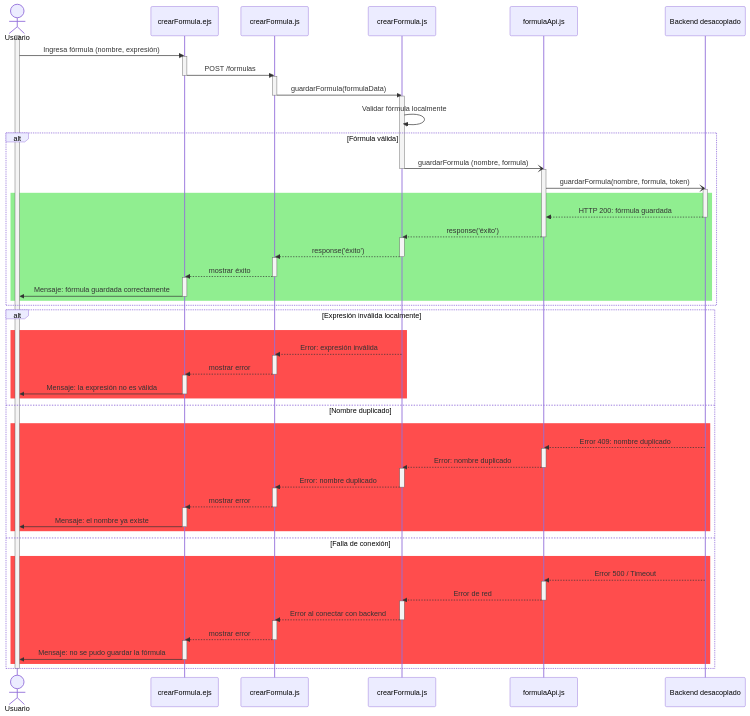
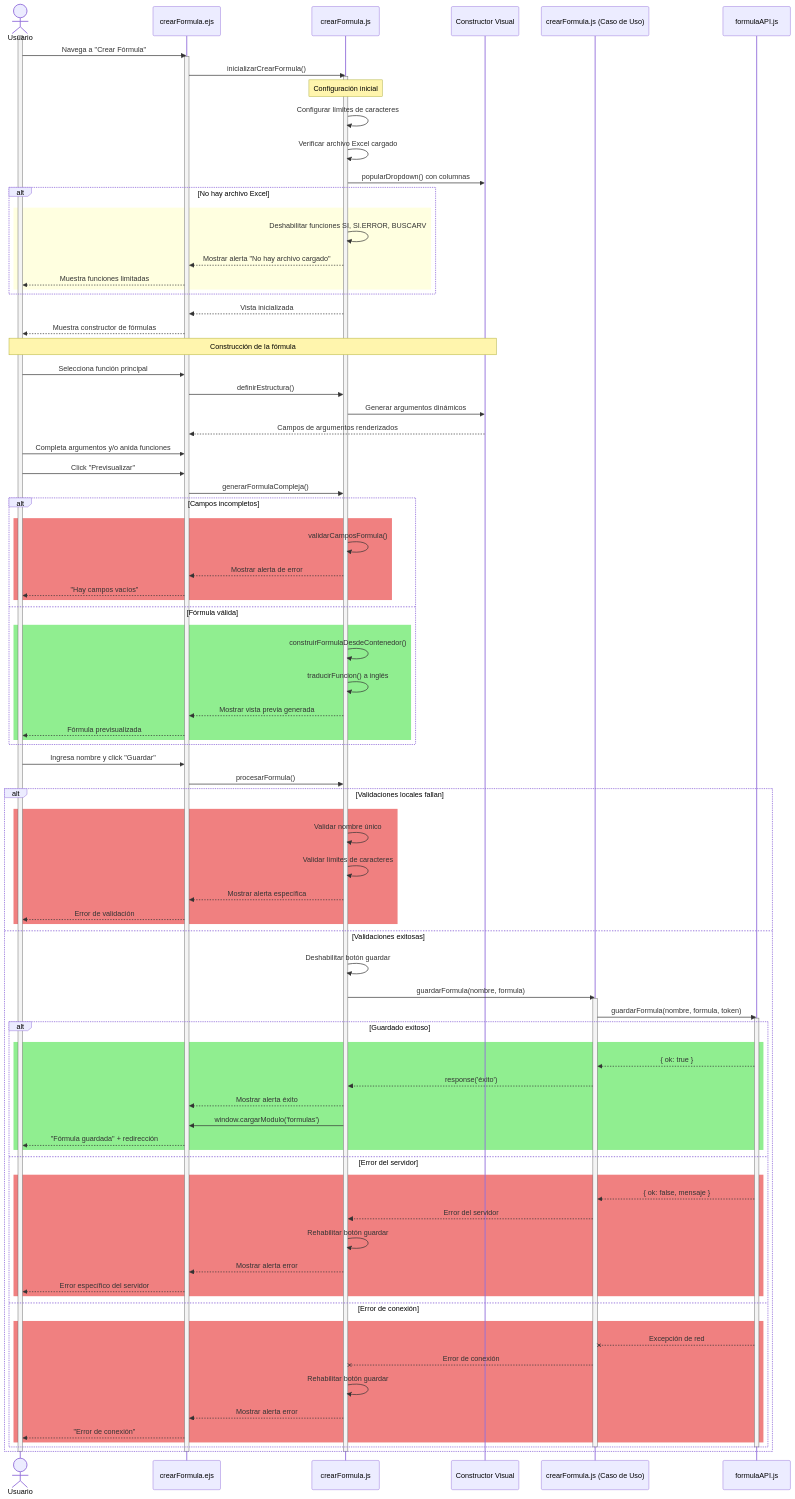
One commit to CodeAnd-Co/Documentacion changed the first of 2 diagrams in documentation/docs/proyectos/tractores/documentacion/requisitos/RF22.md. Above: the diagram before and after it, drawn with Mermaid. The commit also changed other lines of this file and 34 other files, not shown here.

````diff
--- a/documentation/docs/proyectos/tractores/documentacion/requisitos/RF22.md
+++ b/documentation/docs/proyectos/tractores/documentacion/requisitos/RF22.md
@@ -31,92 +35,106 @@
 sequenceDiagram
     actor Usuario
     participant Vista as crearFormula.ejs
-    participant utilFormula as crearFormula.js
-    participant Caso as crearFormula.js
-    participant API as formulaApi.js
-    participant server as Backend desacoplado
+    participant Script as crearFormula.js
+    participant Constructor as Constructor Visual
+    participant CasoUso as crearFormula.js (Caso de Uso)
+    participant API as formulaAPI.js
 
     activate Usuario
-    Usuario->>Vista: Ingresa fórmula (nombre, expresión)
-
+    Usuario->>Vista: Navega a "Crear Fórmula"
     activate Vista
-    Vista->>utilFormula: POST /formulas
-    deactivate Vista
-
-    activate utilFormula
-    utilFormula->>Caso: guardarFormula(formulaData)
-    deactivate utilFormula
-
-    activate Caso
-    Caso->>Caso: Validar fórmula localmente
-
-    alt Fórmula válida
-        Caso-)API: guardarFormula (nombre, formula)
-        deactivate Caso
-
-        activate API
-        API-)server: guardarFormula(nombre, formula, token)
-        activate server
-        rect LightGreen
-            server -->> API: HTTP 200: fórmula guardada
-            deactivate server
-            API -->> Caso: response('éxito')
-            deactivate API
-            activate Caso
-            Caso -->> utilFormula: response('éxito')
-            deactivate Caso
-            activate utilFormula
-            utilFormula -->> Vista: mostrar éxito
-            deactivate utilFormula
-            activate Vista
-            Vista ->> Usuario: Mensaje: fórmula guardada correctamente
-            deactivate Vista
+    Vista->>Script: inicializarCrearFormula()
+    activate Script
+    
+    Note over Script: Configuración inicial
+    Script->>Script: Configurar límites de caracteres
+    Script->>Script: Verificar archivo Excel cargado
+    Script->>Constructor: popularDropdown() con columnas
+    
+    alt No hay archivo Excel
+        rect LightYellow
+        Script->>Script: Deshabilitar funciones SI, SI.ERROR, BUSCARV
+        Script-->>Vista: Mostrar alerta "No hay archivo cargado"
+        Vista-->>Usuario: Muestra funciones limitadas
         end
     end
-
-    %% === FLUJOS ALTERNOS ===
-    alt Expresión inválida localmente
-        rect rgb(255, 77, 77)
-            Caso -->> utilFormula: Error: expresión inválida
-            activate utilFormula
-            utilFormula -->> Vista: mostrar error
-            deactivate utilFormula
-            activate Vista
-            Vista ->> Usuario: Mensaje: la expresión no es válida
-            deactivate Vista
+    
+    Script-->>Vista: Vista inicializada
+    Vista-->>Usuario: Muestra constructor de fórmulas
+    
+    Note over Usuario, Constructor: Construcción de la fórmula
+    Usuario->>Vista: Selecciona función principal
+    Vista->>Script: definirEstructura()
+    Script->>Constructor: Generar argumentos dinámicos
+    Constructor-->>Vista: Campos de argumentos renderizados
+    
+    Usuario->>Vista: Completa argumentos y/o anida funciones
+    Usuario->>Vista: Click "Previsualizar"
+    Vista->>Script: generarFormulaCompleja()
+    
+    alt Campos incompletos
+        rect Lightcoral
+        Script->>Script: validarCamposFormula()
+        Script-->>Vista: Mostrar alerta de error
+        Vista-->>Usuario: "Hay campos vacíos"
         end
-    else Nombre duplicado
-        rect rgb(255, 77, 77)
-            server -->> API: Error 409: nombre duplicado
-            activate API
-            API -->> Caso: Error: nombre duplicado
-            deactivate API
-            activate Caso
-            Caso -->> utilFormula: Error: nombre duplicado
-            deactivate Caso
-            activate utilFormula
-            utilFormula -->> Vista: mostrar error
-            deactivate utilFormula
-            activate Vista
-            Vista ->> Usuario: Mensaje: el nombre ya existe
-            deactivate Vista
-        end
-    else Falla de conexión
-        rect rgb(255, 77, 77)
-            server -->> API: Error 500 / Timeout
-            activate API
-            API -->> Caso: Error de red
-            deactivate API
-            activate Caso
-            Caso -->> utilFormula: Error al conectar con backend
-            deactivate Caso
-            activate utilFormula
-            utilFormula -->> Vista: mostrar error
-            deactivate utilFormula
-            activate Vista
-            Vista ->> Usuario: Mensaje: no se pudo guardar la fórmula
-            deactivate Vista
+    else Fórmula válida
+        rect Lightgreen
+        Script->>Script: construirFormulaDesdeContenedor()
+        Script->>Script: traducirFuncion() a inglés
+        Script-->>Vista: Mostrar vista previa generada
+        Vista-->>Usuario: Fórmula previsualizada
         end
     end
+    
+    Usuario->>Vista: Ingresa nombre y click "Guardar"
+    Vista->>Script: procesarFormula()
+    
+    alt Validaciones locales fallan
+        rect Lightcoral
+        Script->>Script: Validar nombre único
+        Script->>Script: Validar límites de caracteres
+        Script-->>Vista: Mostrar alerta específica
+        Vista-->>Usuario: Error de validación
+        end
+    else Validaciones exitosas
+        Script->>Script: Deshabilitar botón guardar
+        Script->>CasoUso: guardarFormula(nombre, formula)
+        activate CasoUso
+        CasoUso->>API: guardarFormula(nombre, formula, token)
+        activate API
+        
+        alt Guardado exitoso
+            rect Lightgreen
+            API-->>CasoUso: { ok: true }
+            CasoUso-->>Script: response('éxito')
+            Script-->>Vista: Mostrar alerta éxito
+            Script->>Vista: window.cargarModulo('formulas')
+            Vista-->>Usuario: "Fórmula guardada" + redirección
+            end
+        else Error del servidor
+            rect Lightcoral
+            API-->>CasoUso: { ok: false, mensaje }
+            CasoUso-->>Script: Error del servidor
+            Script->>Script: Rehabilitar botón guardar
+            Script-->>Vista: Mostrar alerta error
+            Vista-->>Usuario: Error específico del servidor
+            end
+        else Error de conexión
+            rect Lightcoral
+            API--x CasoUso: Excepción de red
+            CasoUso--x Script: Error de conexión
+            Script->>Script: Rehabilitar botón guardar
+            Script-->>Vista: Mostrar alerta error
+            Vista-->>Usuario: "Error de conexión"
+            end
+        end
+        
+        deactivate API
+        deactivate CasoUso
+    end
+    
+    deactivate Script
+    deactivate Vista
     deactivate Usuario
 ```
````
